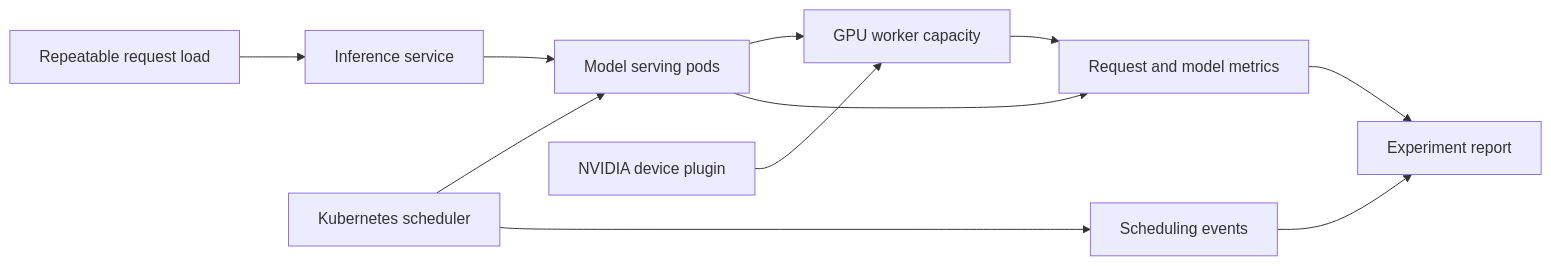
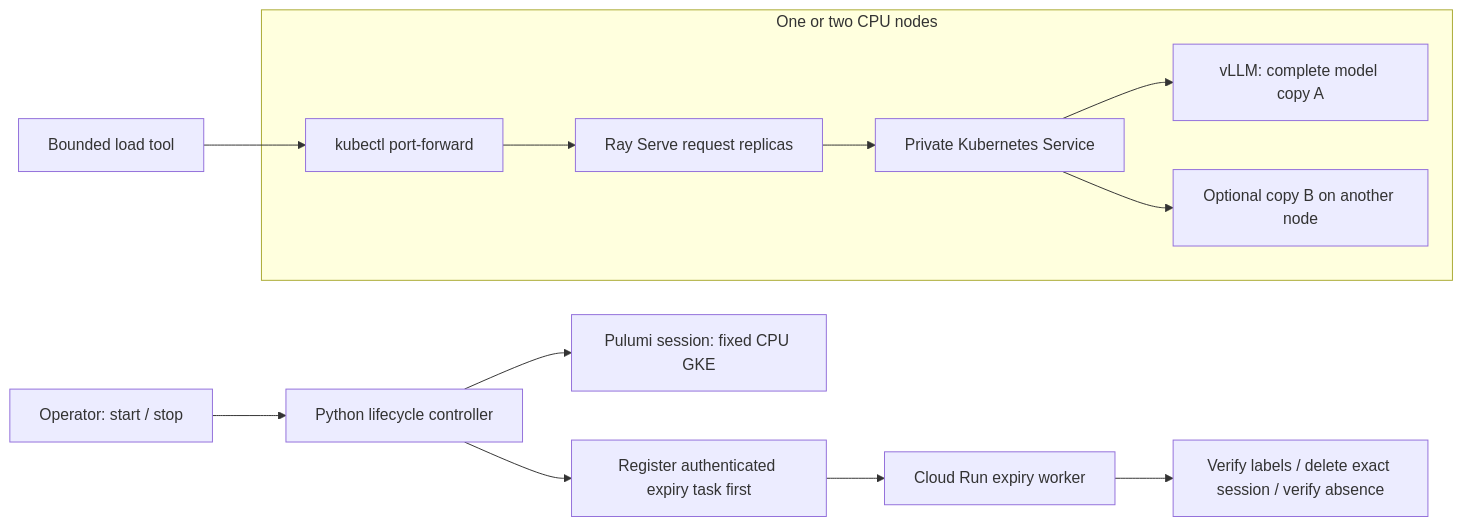
The diagram in README.md (ANISHG-26/gpu-inference-scheduling-lab), drawn with Mermaid before and after one commit. The commit also changed other lines of this file and 47 other files, not shown here.

First line of the commit message:
Prepare CPU Kubernetes inference lab with Pulumi lifecycle (#2)

````diff
--- a/README.md
+++ b/README.md
@@ -23,13 +7,15 @@
 ```mermaid
 flowchart LR
-  Load[Repeatable request load] --> Service[Inference service]
-  Service --> Pods[Model serving pods]
-  Scheduler[Kubernetes scheduler] --> Pods
-  Plugin[NVIDIA device plugin] --> GPU[GPU worker capacity]
-  Pods --> GPU
-  Pods --> Metrics[Request and model metrics]
-  Scheduler --> Events[Scheduling events]
-  GPU --> Metrics
-  Events --> Evidence[Experiment report]
-  Metrics --> Evidence
+  Operator[Operator: start / stop] --> Lifecycle[Python lifecycle controller]
+  Lifecycle --> Task[Register authenticated expiry task first]
+  Task --> Expiry[Cloud Run expiry worker]
+  Lifecycle --> Pulumi[Pulumi session: fixed CPU GKE]
+  Expiry --> Delete[Verify labels / delete exact session / verify absence]
+  Client[Bounded load tool] --> Access[kubectl port-forward]
+  subgraph GKE[One or two CPU nodes]
+    Access --> Ray[Ray Serve request replicas]
+    Ray --> Service[Private Kubernetes Service]
+    Service --> ModelA[vLLM: complete model copy A]
+    Service --> ModelB[Optional copy B on another node]
+  end
 ```
````
